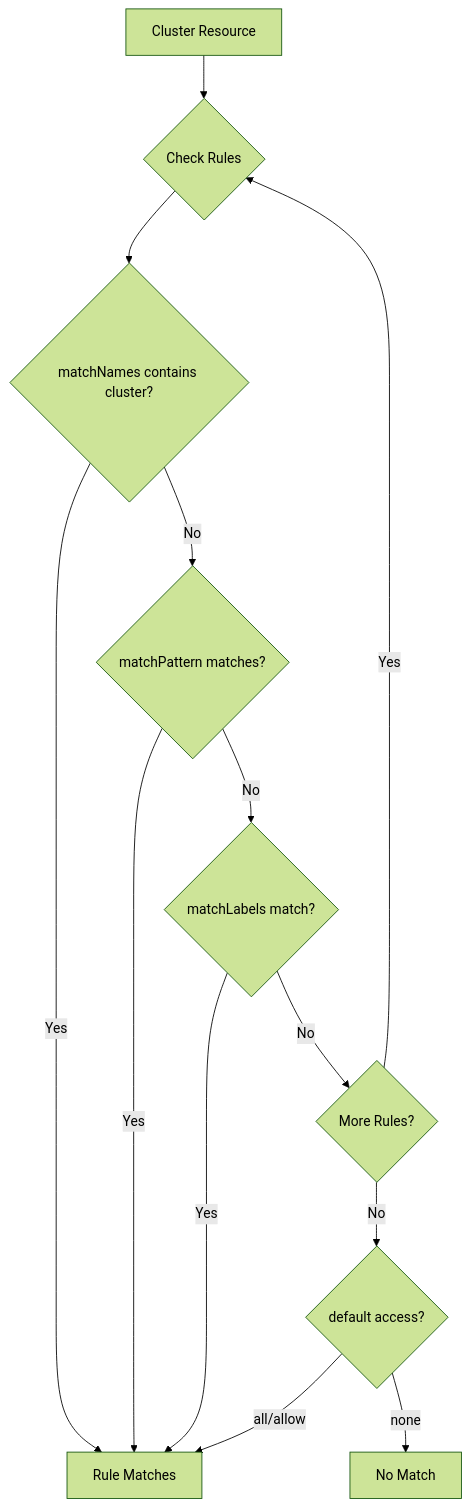
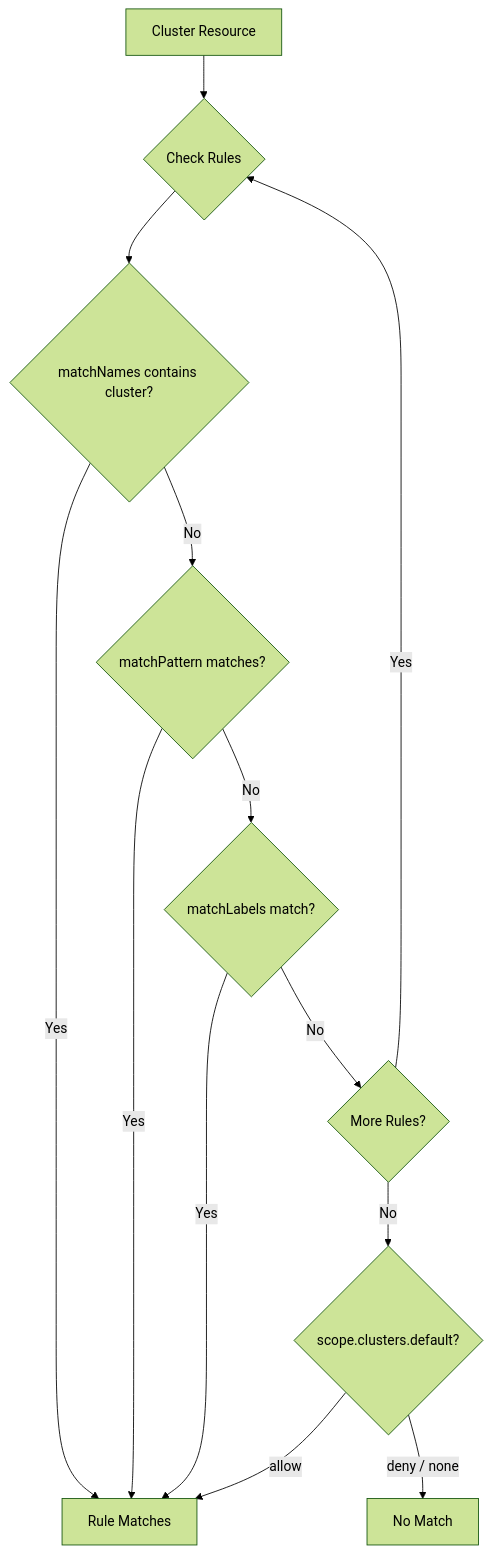
The second of 7 diagrams in docs/concepts/policy-evaluation.md (ClusterPulse/clusterpulse), drawn with Mermaid (forest theme) before and after one commit. The commit also changed other lines of this file and 34 other files, not shown here.

````diff
--- a/docs/concepts/policy-evaluation.md
+++ b/docs/concepts/policy-evaluation.md
@@ -98,15 +100,15 @@
 ```mermaid
 flowchart TD
     A[Cluster Resource] --> B{Check Rules}
     B --> C{matchNames contains cluster?}
     C -->|Yes| D[Rule Matches]
     C -->|No| E{matchPattern matches?}
     E -->|Yes| D
     E -->|No| F{matchLabels match?}
     F -->|Yes| D
     F -->|No| G{More Rules?}
     G -->|Yes| B
-    G -->|No| H{default access?}
-    H -->|all/allow| D
-    H -->|none| I[No Match]
+    G -->|No| H{scope.clusters.default?}
+    H -->|allow| D
+    H -->|deny / none| I[No Match]
 ```
````
